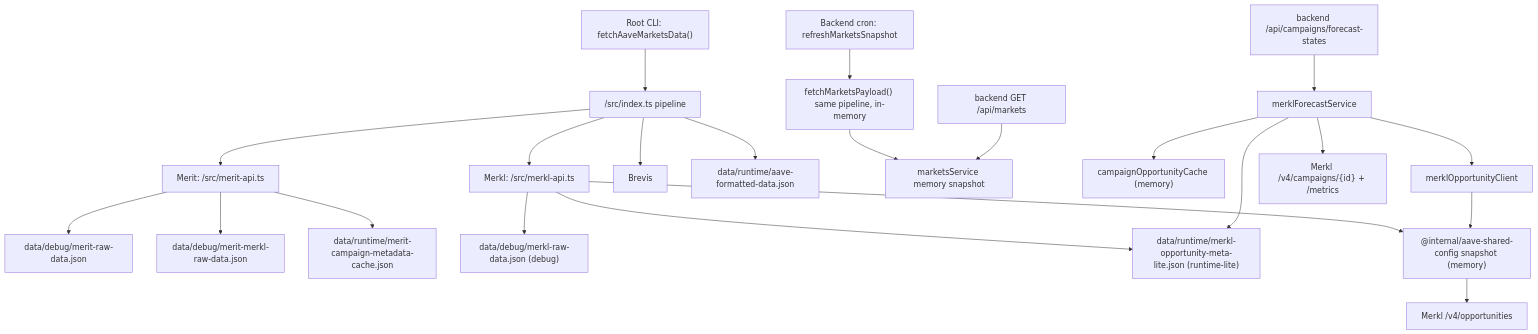
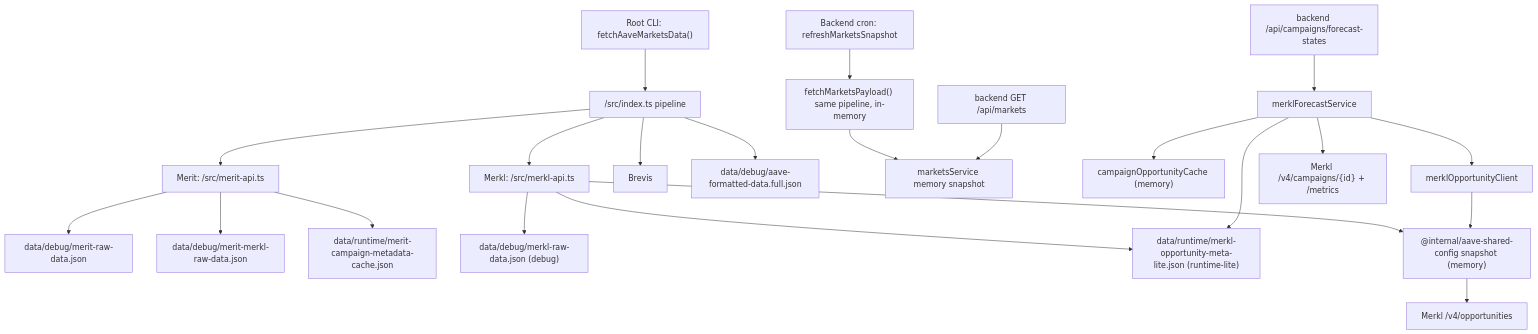
The fourth of 7 diagrams in docs/merkl-merit-cache-architecture.md (0xPabloLI/aave-protocol-analysis), drawn with Mermaid before and after one commit. The commit also changed other lines of this file and 8 other files, not shown here.

Commit message:
chore: classify aave-formatted output as debug artifact

````diff
--- a/docs/merkl-merit-cache-architecture.md
+++ b/docs/merkl-merit-cache-architecture.md
@@ -93,24 +93,24 @@
 ```mermaid
 flowchart TD
   A["Root CLI: fetchAaveMarketsData()"] --> B["/src/index.ts pipeline"]
   B --> C["Merit: /src/merit-api.ts"]
   B --> D["Merkl: /src/merkl-api.ts"]
   B --> E["Brevis"]
   C --> F["data/debug/merit-raw-data.json"]
   C --> G["data/debug/merit-merkl-raw-data.json"]
   C --> H["data/runtime/merit-campaign-metadata-cache.json"]
   D --> I["data/debug/merkl-raw-data.json (debug)"]
   D --> J["data/runtime/merkl-opportunity-meta-lite.json (runtime-lite)"]
   D --> R["@internal/aave-shared-config snapshot (memory)"]
-  B --> K["data/runtime/aave-formatted-data.json"]
+   B --> K["data/debug/aave-formatted-data.full.json"]
   CRON["Backend cron: refreshMarketsSnapshot"] --> MP["fetchMarketsPayload() same pipeline, in-memory"]
   MP --> MS["marketsService memory snapshot"]
   L["backend GET /api/markets"] --> MS
   N["backend /api/campaigns/forecast-states"] --> O["merklForecastService"]
   O --> P["campaignOpportunityCache (memory)"]
   O --> J
   O --> Q["merklOpportunityClient"]
   Q --> R
   R --> S["Merkl /v4/opportunities"]
   O --> T["Merkl /v4/campaigns/{id} + /metrics"]
 ```
````
